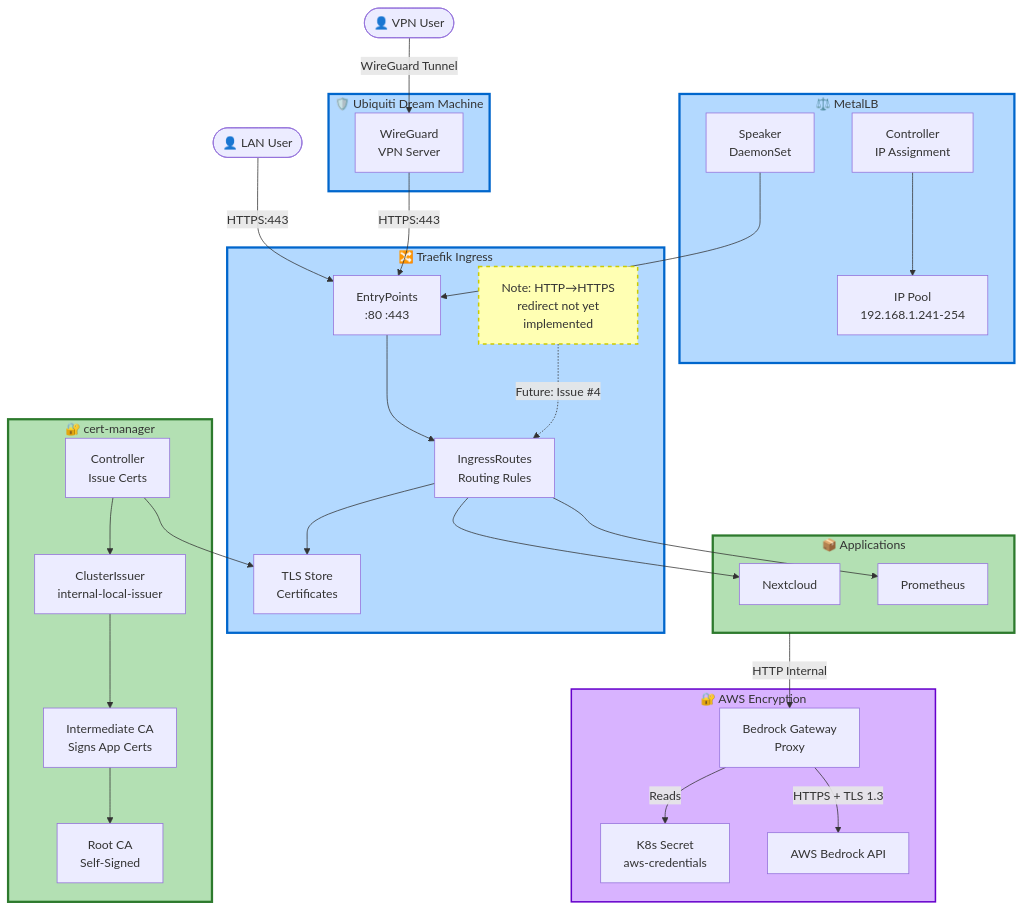
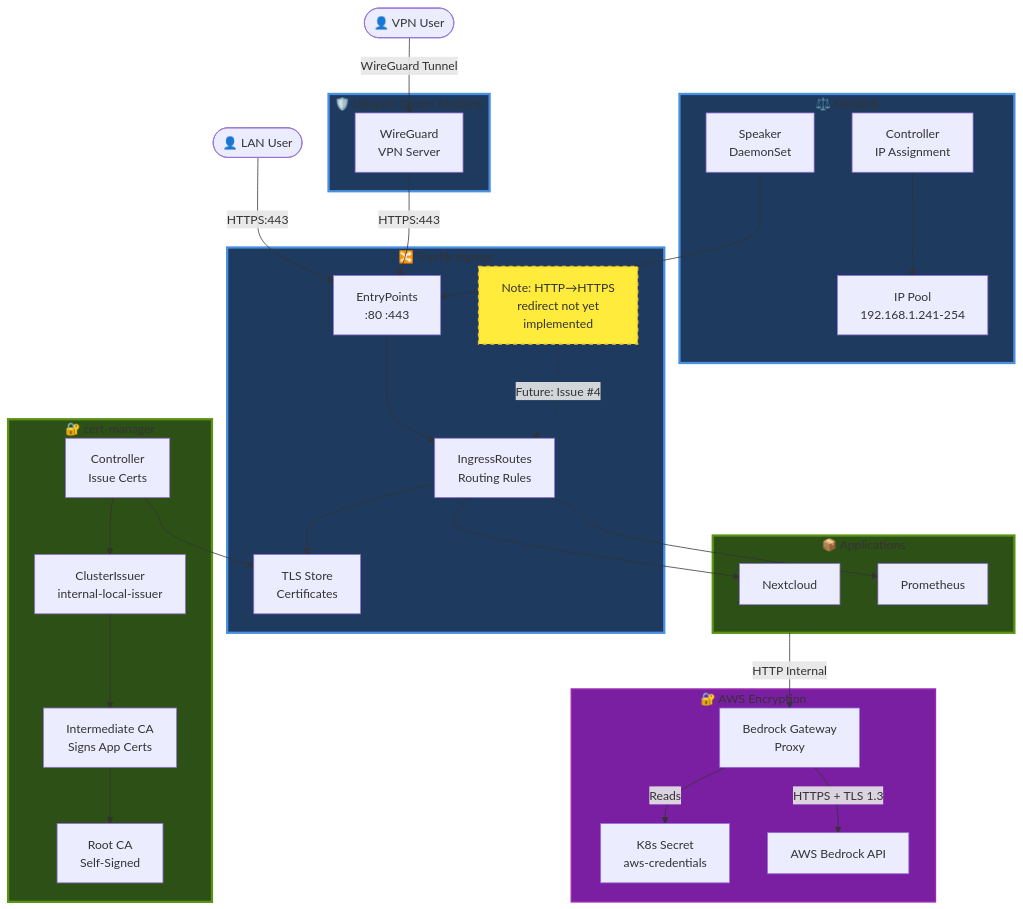
One commit to seadogger-tech/seadogger-homelab changed the fifth of 6 diagrams in docs/wiki/02-Architecture.md. Above: the diagram before and after it, drawn with Mermaid. The commit also changed other lines of this file and 1 other file, not shown here.

First line of the commit message:
Revert to original dark color scheme for diagram blocks

````diff
--- a/docs/wiki/02-Architecture.md
+++ b/docs/wiki/02-Architecture.md
@@ -303,71 +303,71 @@
 ```mermaid
 graph TB
     LAN([👤 LAN User])
     VPN([👤 VPN User])
 
     subgraph UDM["🛡️ Ubiquiti Dream Machine"]
         WG[WireGuard<br/>VPN Server]
     end
 
     subgraph MetalLB["⚖️ MetalLB"]
         Speaker[Speaker<br/>DaemonSet]
         Controller[Controller<br/>IP Assignment]
         IPPool[IP Pool<br/>192.168.1.241-254]
     end
 
     subgraph Traefik["🔀 Traefik Ingress"]
         EntryPoint[EntryPoints<br/>:80 :443]
         Router[IngressRoutes<br/>Routing Rules]
         TLSStore[TLS Store<br/>Certificates]
         Note1[Note: HTTP→HTTPS<br/>redirect not yet<br/>implemented]
     end
 
     subgraph CertManager["🔐 cert-manager"]
         CMController[Controller<br/>Issue Certs]
         Issuer[ClusterIssuer<br/>internal-local-issuer]
         RootCA[Root CA<br/>Self-Signed]
         IntermediateCA[Intermediate CA<br/>Signs App Certs]
     end
 
     subgraph Apps["📦 Applications"]
         Nextcloud[Nextcloud]
         Prometheus[Prometheus]
     end
 
     subgraph Encryption["🔐 AWS Encryption"]
         Secret[K8s Secret<br/>aws-credentials]
         BG[Bedrock Gateway<br/>Proxy]
         AWS[AWS Bedrock API]
     end
 
     LAN -->|HTTPS:443| EntryPoint
     VPN -->|WireGuard Tunnel| WG
     WG -->|HTTPS:443| EntryPoint
 
     Controller --> IPPool
     Speaker --> EntryPoint
 
     EntryPoint --> Router
     Router --> TLSStore
     Router --> Nextcloud
     Router --> Prometheus
 
     Note1 -.->|Future: Issue #4| Router
 
     CMController --> Issuer
     Issuer --> IntermediateCA
     IntermediateCA --> RootCA
     CMController --> TLSStore
 
     Apps -->|HTTP Internal| BG
     BG -->|Reads| Secret
     BG -->|HTTPS + TLS 1.3| AWS
 
-    style UDM fill:#b3d9ff,stroke:#0066cc,stroke-width:3px
-    style MetalLB fill:#b3d9ff,stroke:#0066cc,stroke-width:3px
-    style Traefik fill:#b3d9ff,stroke:#0066cc,stroke-width:3px
-    style CertManager fill:#b3e0b3,stroke:#2d7a2d,stroke-width:3px
-    style Apps fill:#b3e0b3,stroke:#2d7a2d,stroke-width:3px
-    style Encryption fill:#d8b3ff,stroke:#6600cc,stroke-width:2px
-    style Note1 fill:#ffffb3,stroke:#cccc00,stroke-width:2px,stroke-dasharray: 5 5
+    style UDM fill:#1e3a5f,stroke:#4a90e2,stroke-width:3px
+    style MetalLB fill:#1e3a5f,stroke:#4a90e2,stroke-width:3px
+    style Traefik fill:#1e3a5f,stroke:#4a90e2,stroke-width:3px
+    style CertManager fill:#2d5016,stroke:#5a9216,stroke-width:3px
+    style Apps fill:#2d5016,stroke:#5a9216,stroke-width:3px
+    style Encryption fill:#7b1fa2,stroke:#9c27b0,stroke-width:2px
+    style Note1 fill:#ffeb3b,stroke:#fbc02d,stroke-width:2px,stroke-dasharray: 5 5
 ```
````
